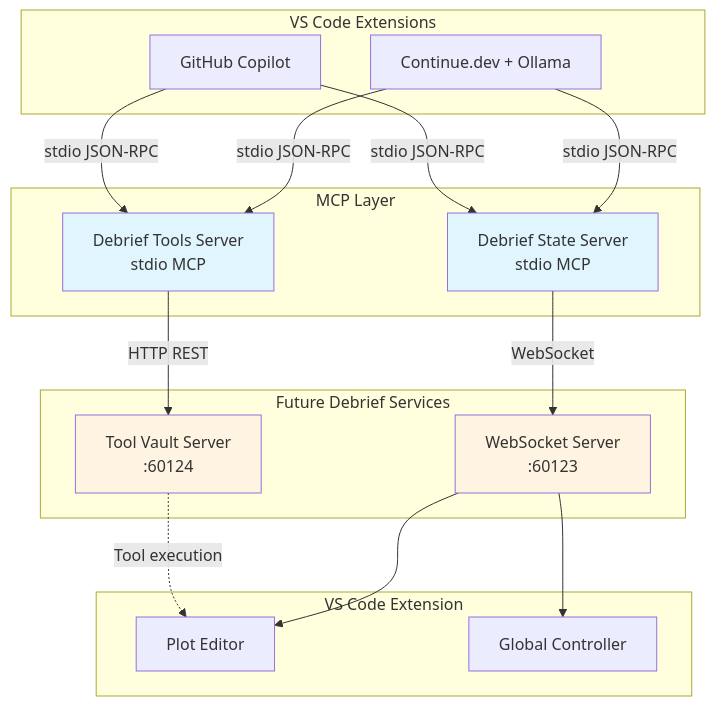
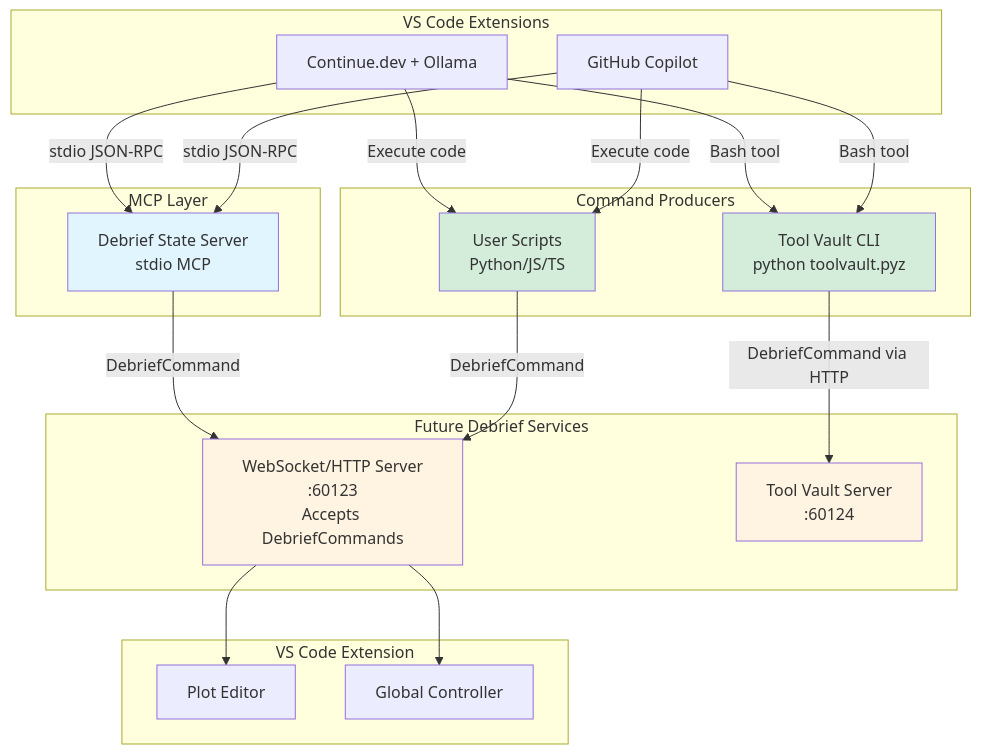
The first of 3 diagrams in docs/llm-integration-architecture.md (debrief/future-debrief), drawn with Mermaid before and after one commit. The commit also changed other lines of this file, not shown here.

First line of the commit message:
refactor: Simplify architecture based on production reality

````diff
--- a/docs/llm-integration-architecture.md
+++ b/docs/llm-integration-architecture.md
@@ -194,39 +212,46 @@
 ```mermaid
 graph TB
     subgraph "VS Code Extensions"
         CONT[Continue.dev + Ollama]
         GH[GitHub Copilot]
     end
 
     subgraph "MCP Layer"
         MCP1[Debrief State Server<br/>stdio MCP]
-        MCP2[Debrief Tools Server<br/>stdio MCP]
+    end
+
+    subgraph "Command Producers"
+        TVCLI[Tool Vault CLI<br/>python toolvault.pyz]
+        USER[User Scripts<br/>Python/JS/TS]
     end
 
     subgraph "Future Debrief Services"
-        WS[WebSocket Server<br/>:60123]
+        WS[WebSocket/HTTP Server<br/>:60123<br/>Accepts DebriefCommands]
         TV[Tool Vault Server<br/>:60124]
     end
 
     subgraph "VS Code Extension"
         PE[Plot Editor]
         GM[Global Controller]
     end
 
     CONT -->|stdio JSON-RPC| MCP1
-    CONT -->|stdio JSON-RPC| MCP2
+    CONT -->|Bash tool| TVCLI
+    CONT -->|Execute code| USER
     GH -->|stdio JSON-RPC| MCP1
-    GH -->|stdio JSON-RPC| MCP2
+    GH -->|Bash tool| TVCLI
+    GH -->|Execute code| USER
 
-    MCP1 -->|WebSocket| WS
-    MCP2 -->|HTTP REST| TV
+    MCP1 -->|DebriefCommand| WS
+    TVCLI -->|DebriefCommand via HTTP| TV
+    USER -->|DebriefCommand| WS
 
     WS --> PE
     WS --> GM
-    TV -.->|Tool execution| PE
 
     style MCP1 fill:#e1f5ff
-    style MCP2 fill:#e1f5ff
+    style TVCLI fill:#d4edda
+    style USER fill:#d4edda
     style WS fill:#fff4e1
     style TV fill:#fff4e1
 ```
````
